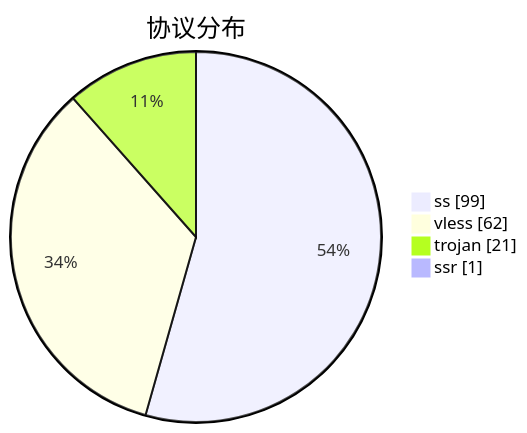
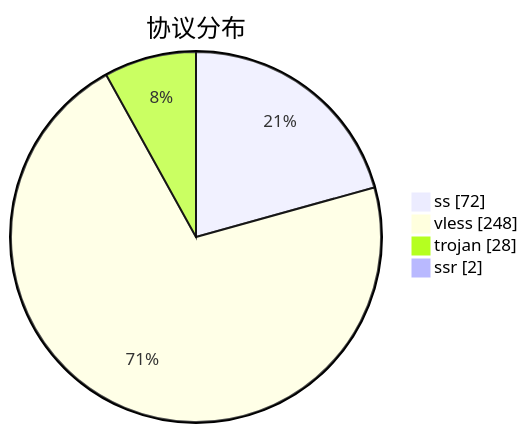
Before and after one commit to qjlxg/airport: the third of 3 diagrams in subs/statistics/tested_within.md, drawn with Mermaid. The commit also changed other lines of this file and 2 other files, not shown here.

````diff
--- a/subs/statistics/tested_within.md
+++ b/subs/statistics/tested_within.md
@@ -17,8 +20,8 @@
 ```mermaid
 pie showData
 title 协议分布
-"ss" : 99
-"vless" : 62
-"trojan" : 21
-"ssr" : 1
+"ss" : 72
+"vless" : 248
+"trojan" : 28
+"ssr" : 2
 ```
````
